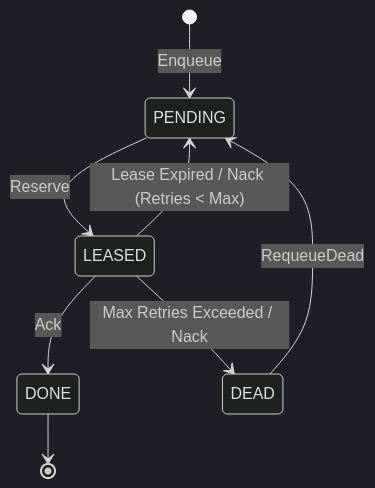
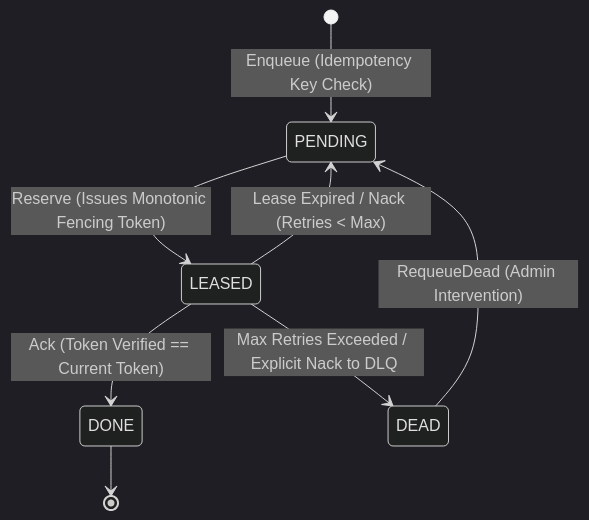
One commit to Shubhamkr585/Relay changed the third of 3 diagrams in README.md. Above: the diagram before and after it, drawn with Mermaid (dark theme). The commit also changed other lines of this file, not shown here.

Commit message:
docs: add architecture diagrams, one-command setup, raw benchmark logs, and chaos proof

````diff
--- a/README.md
+++ b/README.md
@@ -35,10 +118,10 @@
 ```mermaid
 stateDiagram-v2
-    [*] --> PENDING: Enqueue
-    PENDING --> LEASED: Reserve
-    LEASED --> DONE: Ack
+    [*] --> PENDING: Enqueue (Idempotency Key Check)
+    PENDING --> LEASED: Reserve (Issues Monotonic Fencing Token)
+    LEASED --> DONE: Ack (Token Verified == Current Token)
     LEASED --> PENDING: Lease Expired / Nack (Retries < Max)
-    LEASED --> DEAD: Max Retries Exceeded / Nack
-    DEAD --> PENDING: RequeueDead
+    LEASED --> DEAD: Max Retries Exceeded / Explicit Nack to DLQ
+    DEAD --> PENDING: RequeueDead (Admin Intervention)
     DONE --> [*]
 ```
````
